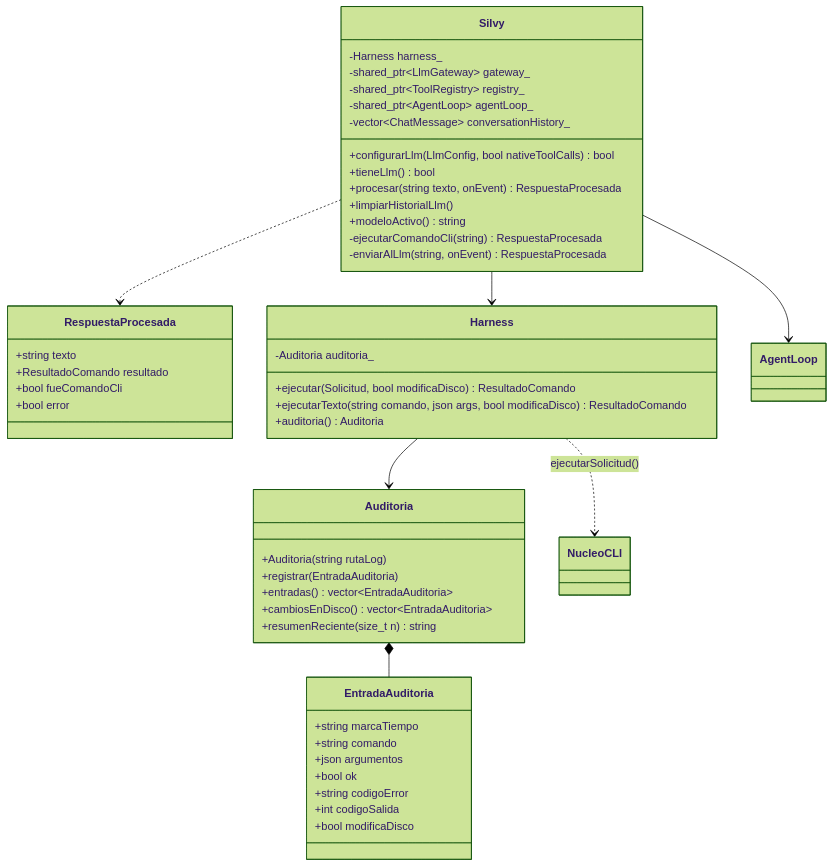
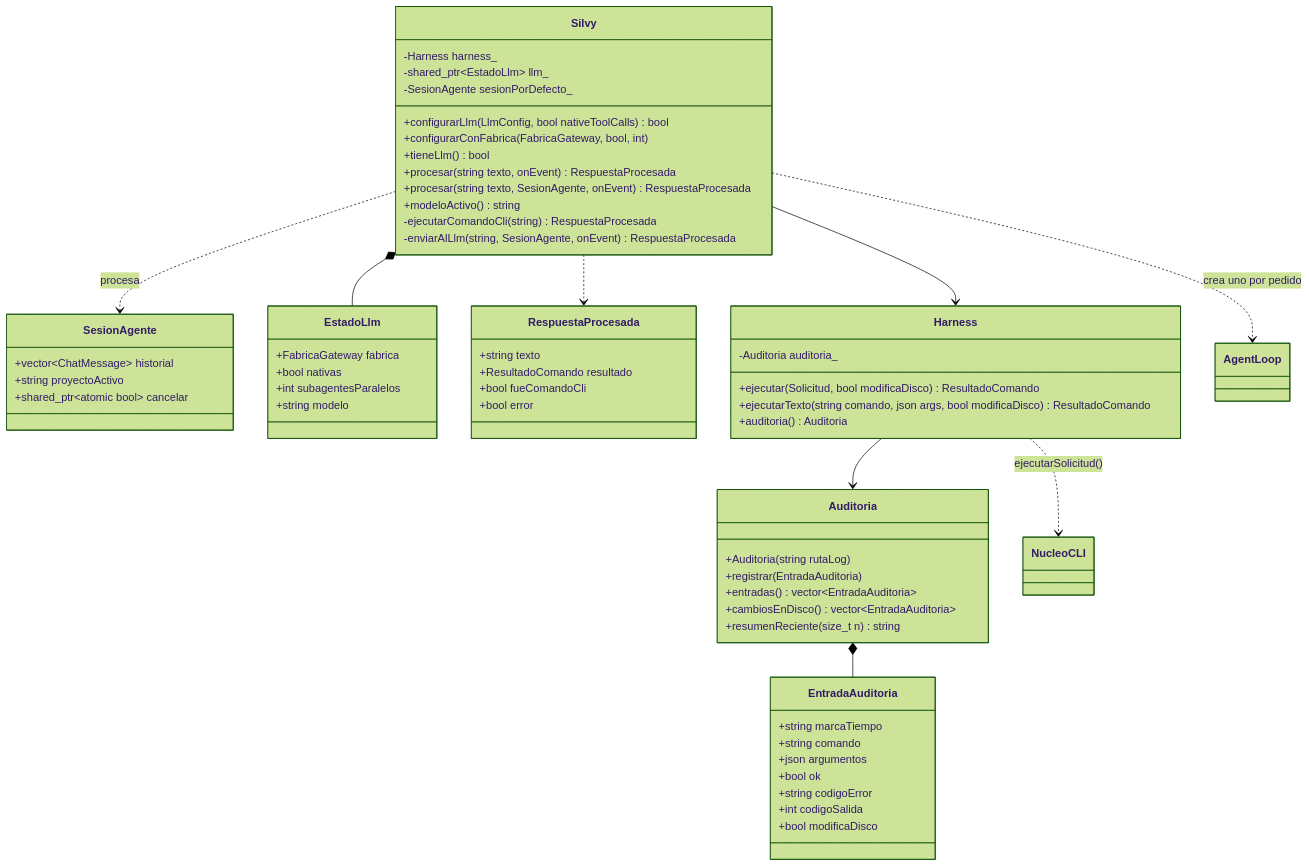
One commit to FunshiEngine/FunshiEngineCLI changed the third of 7 diagrams in doc/uml/DiagramaClases.es.md. Above: the diagram before and after it, drawn with Mermaid (forest theme). The commit also changed other lines of this file and 8 other files, not shown here.

First line of the commit message:
docs: sesiones, RAG, subagentes y monitoreo del agente

````diff
--- a/doc/uml/DiagramaClases.es.md
+++ b/doc/uml/DiagramaClases.es.md
@@ -136,52 +136,64 @@
 ```mermaid
 classDiagram
     class Silvy {
         -Harness harness_
-        -shared_ptr~LlmGateway~ gateway_
-        -shared_ptr~ToolRegistry~ registry_
-        -shared_ptr~AgentLoop~ agentLoop_
-        -vector~ChatMessage~ conversationHistory_
+        -shared_ptr~EstadoLlm~ llm_
+        -SesionAgente sesionPorDefecto_
         +configurarLlm(LlmConfig, bool nativeToolCalls) bool
+        +configurarConFabrica(FabricaGateway, bool, int)
         +tieneLlm() bool
         +procesar(string texto, onEvent) RespuestaProcesada
-        +limpiarHistorialLlm()
+        +procesar(string texto, SesionAgente, onEvent) RespuestaProcesada
         +modeloActivo() string
         -ejecutarComandoCli(string) RespuestaProcesada
-        -enviarAlLlm(string, onEvent) RespuestaProcesada
+        -enviarAlLlm(string, SesionAgente, onEvent) RespuestaProcesada
+    }
+    class SesionAgente {
+        +vector~ChatMessage~ historial
+        +string proyectoActivo
+        +shared_ptr~atomic bool~ cancelar
+    }
+    class EstadoLlm {
+        +FabricaGateway fabrica
+        +bool nativas
+        +int subagentesParalelos
+        +string modelo
     }
     class RespuestaProcesada {
         +string texto
         +ResultadoComando resultado
         +bool fueComandoCli
         +bool error
     }
     class Harness {
         -Auditoria auditoria_
         +ejecutar(Solicitud, bool modificaDisco) ResultadoComando
         +ejecutarTexto(string comando, json args, bool modificaDisco) ResultadoComando
         +auditoria() Auditoria
     }
     class Auditoria {
         +Auditoria(string rutaLog)
         +registrar(EntradaAuditoria)
         +entradas() vector~EntradaAuditoria~
         +cambiosEnDisco() vector~EntradaAuditoria~
         +resumenReciente(size_t n) string
     }
     class EntradaAuditoria {
         +string marcaTiempo
         +string comando
         +json argumentos
         +bool ok
         +string codigoError
         +int codigoSalida
         +bool modificaDisco
     }
 
     Silvy --> Harness
-    Silvy --> AgentLoop
+    Silvy *-- EstadoLlm
+    Silvy ..> SesionAgente : procesa
+    Silvy ..> AgentLoop : crea uno por pedido
     Silvy ..> RespuestaProcesada
     Harness --> Auditoria
     Auditoria *-- EntradaAuditoria
     Harness ..> NucleoCLI : ejecutarSolicitud()
 ```
````
